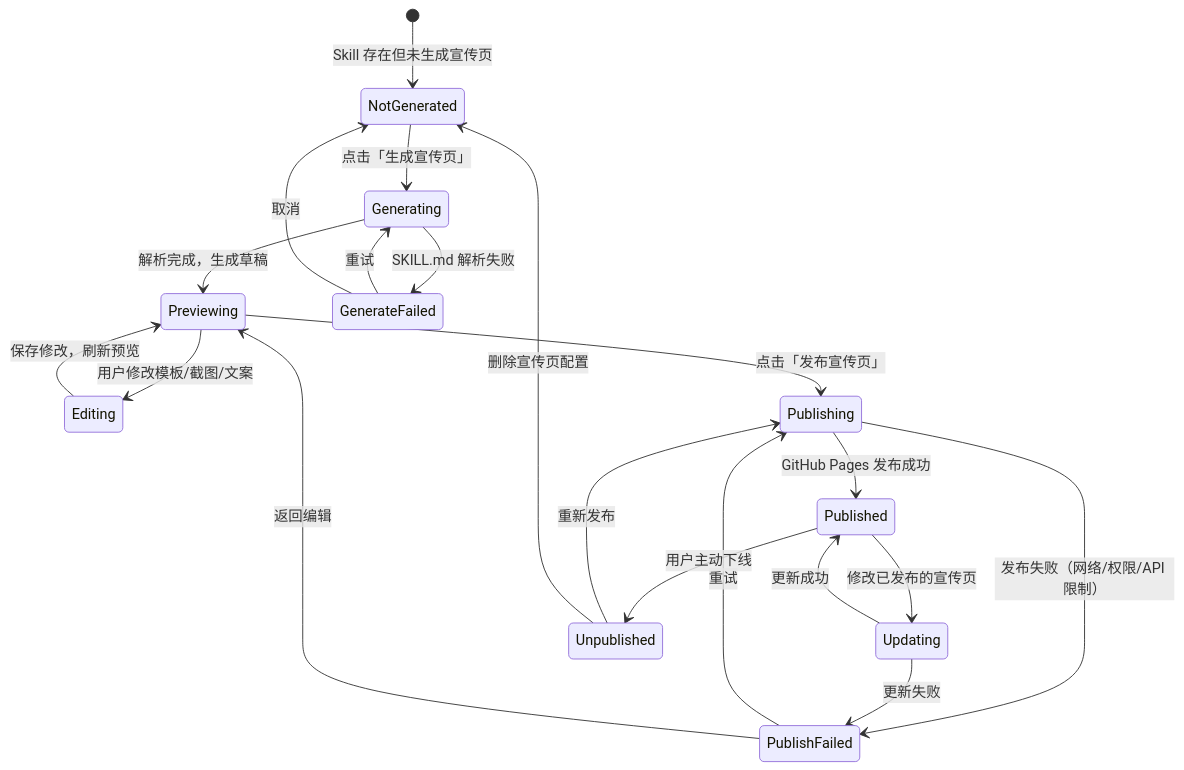
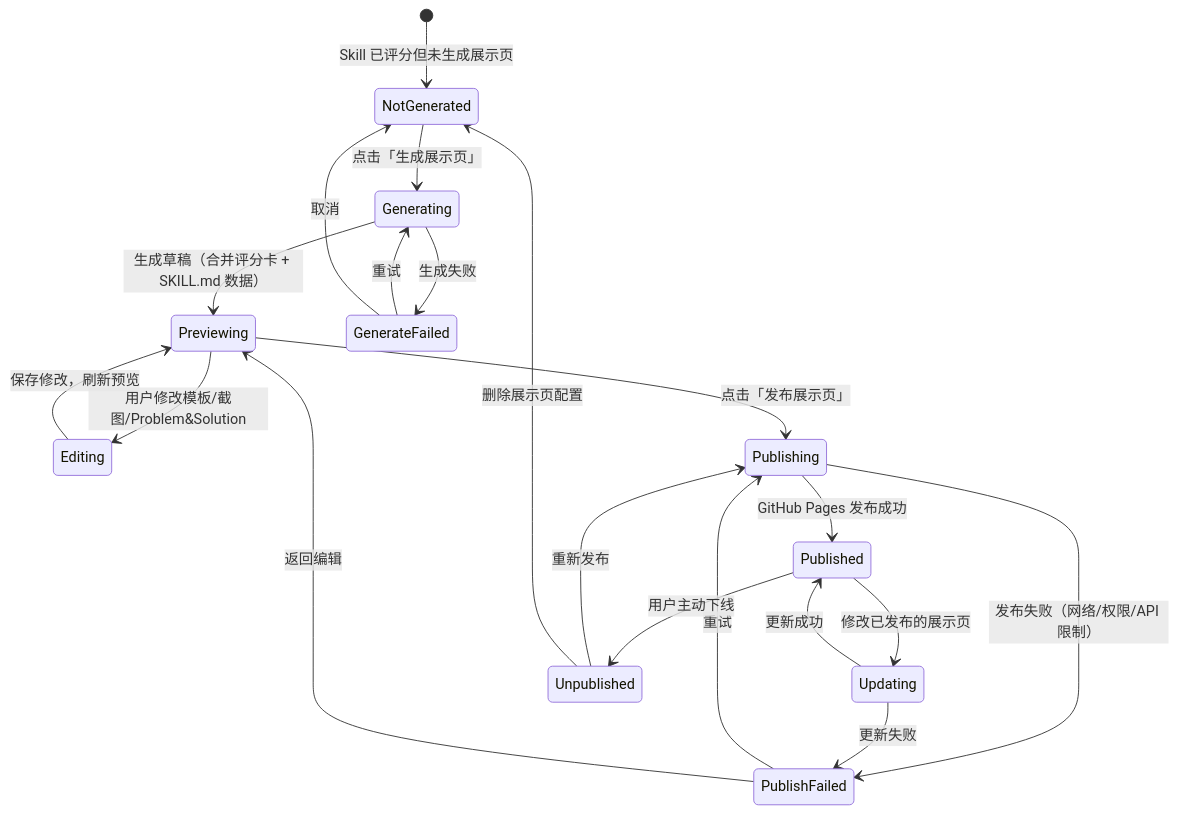
Before and after one commit to muxvo/muxvo: diagram 28 of 28 in PRD.md, drawn with Mermaid. The commit also changed other lines of this file, not shown here.

````diff
--- a/PRD.md
+++ b/PRD.md
@@ -1192,29 +1173,29 @@
 ```mermaid
 stateDiagram-v2
-    [*] --> NotGenerated: Skill 存在但未生成宣传页
+    [*] --> NotGenerated: Skill 已评分但未生成展示页
 
-    NotGenerated --> Generating: 点击「生成宣传页」
-    Generating --> Previewing: 解析完成，生成草稿
-    Generating --> GenerateFailed: SKILL.md 解析失败
+    NotGenerated --> Generating: 点击「生成展示页」
+    Generating --> Previewing: 生成草稿（合并评分卡 + SKILL.md 数据）
+    Generating --> GenerateFailed: 生成失败
 
     GenerateFailed --> Generating: 重试
     GenerateFailed --> NotGenerated: 取消
 
-    Previewing --> Editing: 用户修改模板/截图/文案
+    Previewing --> Editing: 用户修改模板/截图/Problem&Solution
     Editing --> Previewing: 保存修改，刷新预览
 
-    Previewing --> Publishing: 点击「发布宣传页」
+    Previewing --> Publishing: 点击「发布展示页」
     Publishing --> Published: GitHub Pages 发布成功
     Publishing --> PublishFailed: 发布失败（网络/权限/API 限制）
 
     PublishFailed --> Publishing: 重试
     PublishFailed --> Previewing: 返回编辑
 
-    Published --> Updating: 修改已发布的宣传页
+    Published --> Updating: 修改已发布的展示页
     Updating --> Published: 更新成功
     Updating --> PublishFailed: 更新失败
 
     Published --> Unpublished: 用户主动下线
     Unpublished --> Publishing: 重新发布
-    Unpublished --> NotGenerated: 删除宣传页配置
+    Unpublished --> NotGenerated: 删除展示页配置
 ```
````
